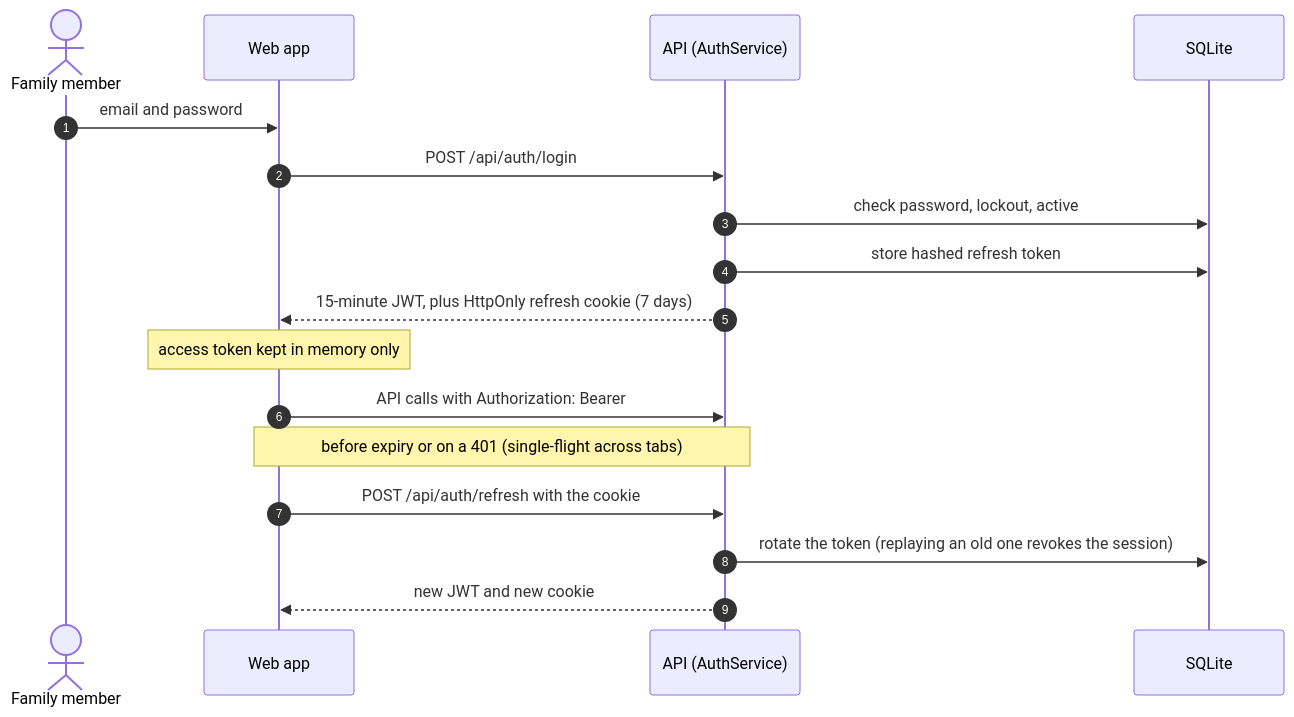
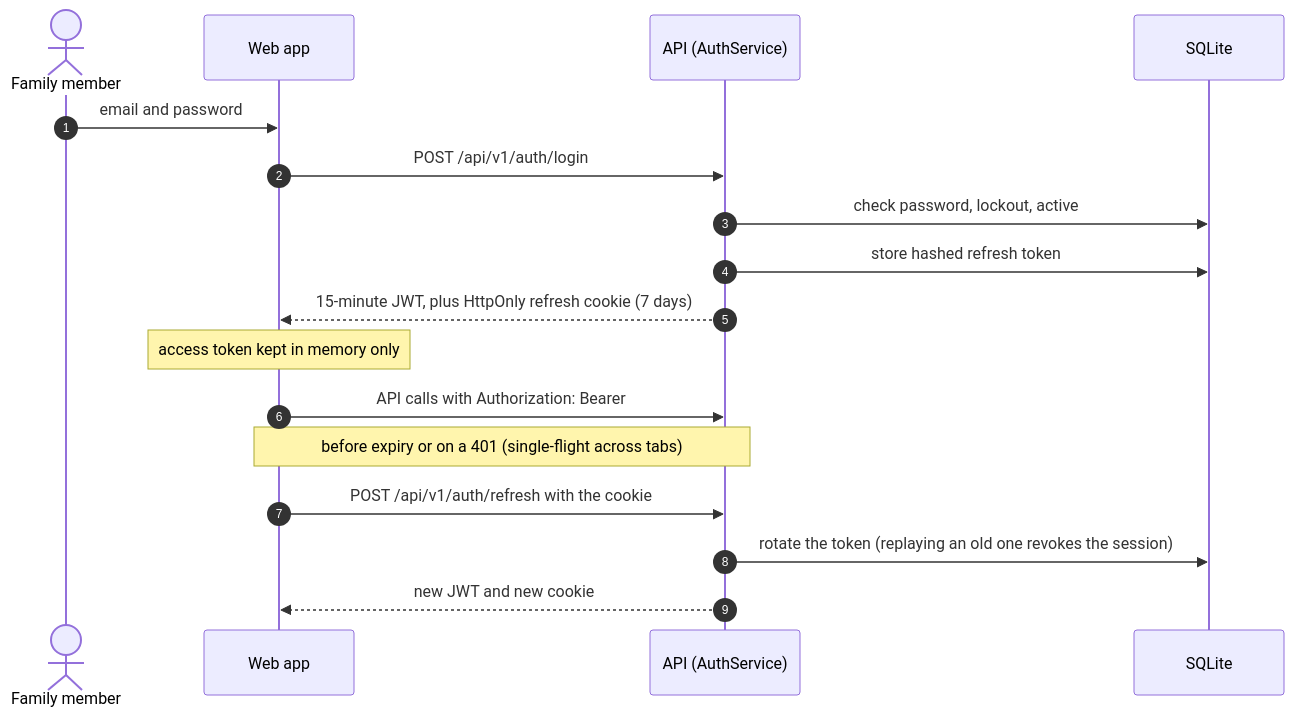
The diagram in docs/diagrams/sequence-login.mmd (sushovan-code/Expense-Tracker), drawn with Mermaid before and after one commit. The commit also changed 19 other files, not shown here.

```diff
--- a/docs/diagrams/sequence-login.mmd
+++ b/docs/diagrams/sequence-login.mmd
@@ -1,19 +1,19 @@
 %% Sign-in and silent refresh. Claude rewrites this from the code via /update-diagrams.
 sequenceDiagram
   autonumber
   actor U as Family member
   participant W as Web app
   participant A as API (AuthService)
   participant D as SQLite
 
   U->>W: email and password
-  W->>A: POST /api/auth/login
+  W->>A: POST /api/v1/auth/login
   A->>D: check password, lockout, active
   A->>D: store hashed refresh token
   A-->>W: 15-minute JWT, plus HttpOnly refresh cookie (7 days)
   Note over W: access token kept in memory only
   W->>A: API calls with Authorization: Bearer
   Note over W,A: before expiry or on a 401 (single-flight across tabs)
-  W->>A: POST /api/auth/refresh with the cookie
+  W->>A: POST /api/v1/auth/refresh with the cookie
   A->>D: rotate the token (replaying an old one revokes the session)
   A-->>W: new JWT and new cookie
```
